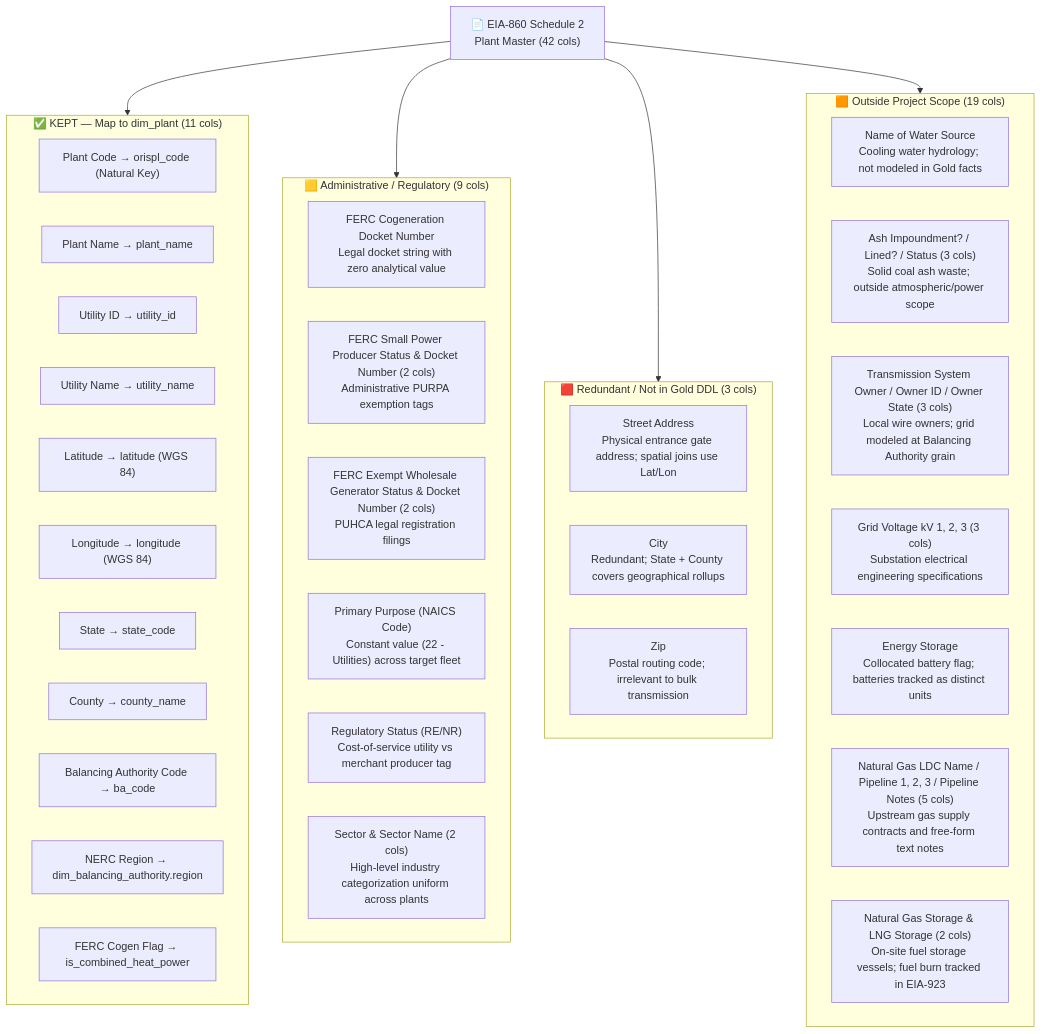
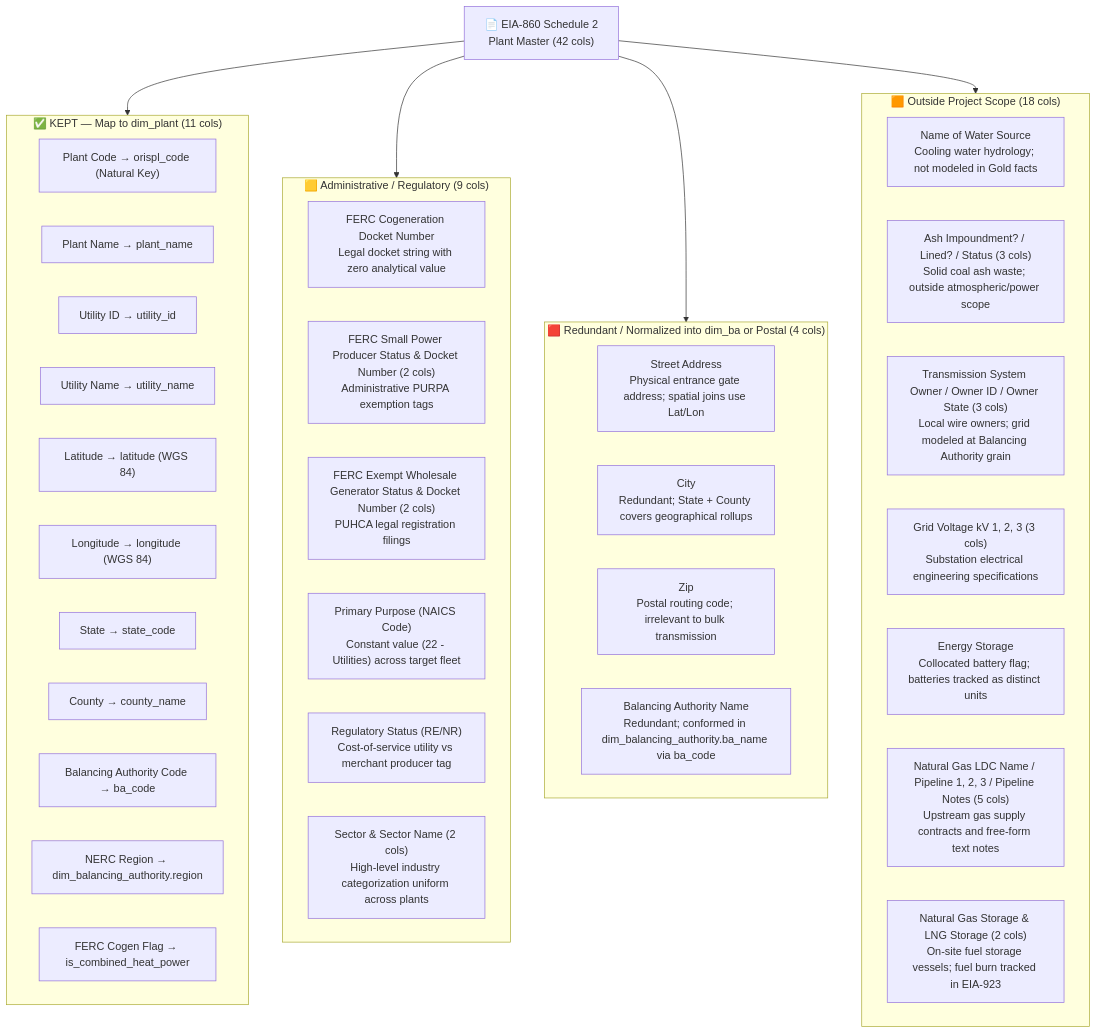
Before and after one commit to Muhammad-Ibrahim-001/Project-AEGIS: the first of 10 diagrams in 01_Project_Documentation/column_removal_map.md, drawn with Mermaid. The commit also changed other lines of this file, not shown here.

````diff
--- a/01_Project_Documentation/column_removal_map.md
+++ b/01_Project_Documentation/column_removal_map.md
@@ -64,48 +64,49 @@
 ```mermaid
 flowchart TD
     SRC["📄 EIA-860 Schedule 2\nPlant Master (42 cols)"]
 
     subgraph KEEP["✅ KEPT — Map to dim_plant (11 cols)"]
         K1["Plant Code → orispl_code (Natural Key)"]
         K2["Plant Name → plant_name"]
         K3["Utility ID → utility_id"]
         K4["Utility Name → utility_name"]
         K5["Latitude → latitude (WGS 84)"]
         K6["Longitude → longitude (WGS 84)"]
         K7["State → state_code"]
         K8["County → county_name"]
         K9["Balancing Authority Code → ba_code"]
         K10["NERC Region → dim_balancing_authority.region"]
         K11["FERC Cogen Flag → is_combined_heat_power"]
     end
 
     subgraph ADM["🟨 Administrative / Regulatory (9 cols)"]
         A1["FERC Cogeneration Docket Number\nLegal docket string with zero analytical value"]
         A2["FERC Small Power Producer Status & Docket Number (2 cols)\nAdministrative PURPA exemption tags"]
         A3["FERC Exempt Wholesale Generator Status & Docket Number (2 cols)\nPUHCA legal registration filings"]
         A4["Primary Purpose (NAICS Code)\nConstant value (22 - Utilities) across target fleet"]
         A5["Regulatory Status (RE/NR)\nCost-of-service utility vs merchant producer tag"]
         A6["Sector & Sector Name (2 cols)\nHigh-level industry categorization uniform across plants"]
     end
 
-    subgraph ADDR["🟥 Redundant / Not in Gold DDL (3 cols)"]
+    subgraph RED["🟥 Redundant / Normalized into dim_ba or Postal (4 cols)"]
         R1["Street Address\nPhysical entrance gate address; spatial joins use Lat/Lon"]
         R2["City\nRedundant; State + County covers geographical rollups"]
         R3["Zip\nPostal routing code; irrelevant to bulk transmission"]
+        R4["Balancing Authority Name\nRedundant; conformed in dim_balancing_authority.ba_name via ba_code"]
     end
 
-    subgraph SCOP["🟧 Outside Project Scope (19 cols)"]
+    subgraph SCOP["🟧 Outside Project Scope (18 cols)"]
         S1["Name of Water Source\nCooling water hydrology; not modeled in Gold facts"]
         S2["Ash Impoundment? / Lined? / Status (3 cols)\nSolid coal ash waste; outside atmospheric/power scope"]
         S3["Transmission System Owner / Owner ID / Owner State (3 cols)\nLocal wire owners; grid modeled at Balancing Authority grain"]
         S4["Grid Voltage kV 1, 2, 3 (3 cols)\nSubstation electrical engineering specifications"]
         S5["Energy Storage\nCollocated battery flag; batteries tracked as distinct units"]
         S6["Natural Gas LDC Name / Pipeline 1, 2, 3 / Pipeline Notes (5 cols)\nUpstream gas supply contracts and free-form text notes"]
         S7["Natural Gas Storage & LNG Storage (2 cols)\nOn-site fuel storage vessels; fuel burn tracked in EIA-923"]
     end
 
     SRC --> KEEP
     SRC --> ADM
-    SRC --> ADDR
+    SRC --> RED
     SRC --> SCOP
 ```
````
